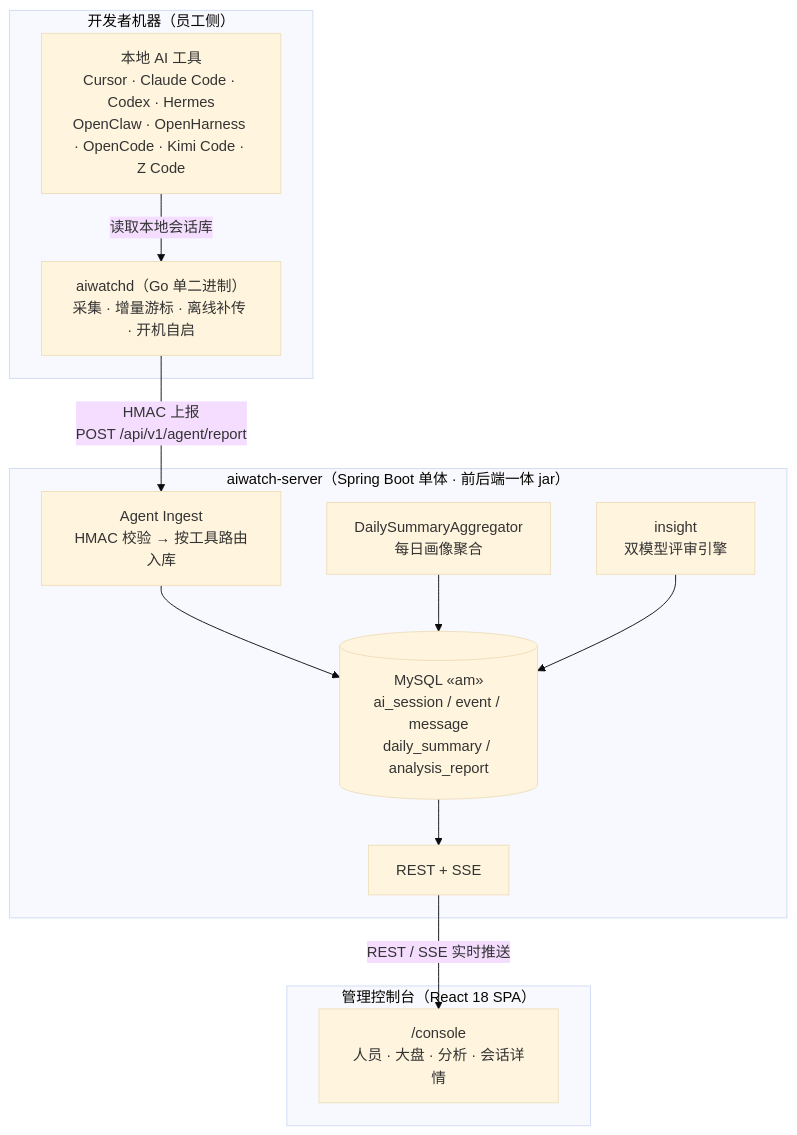
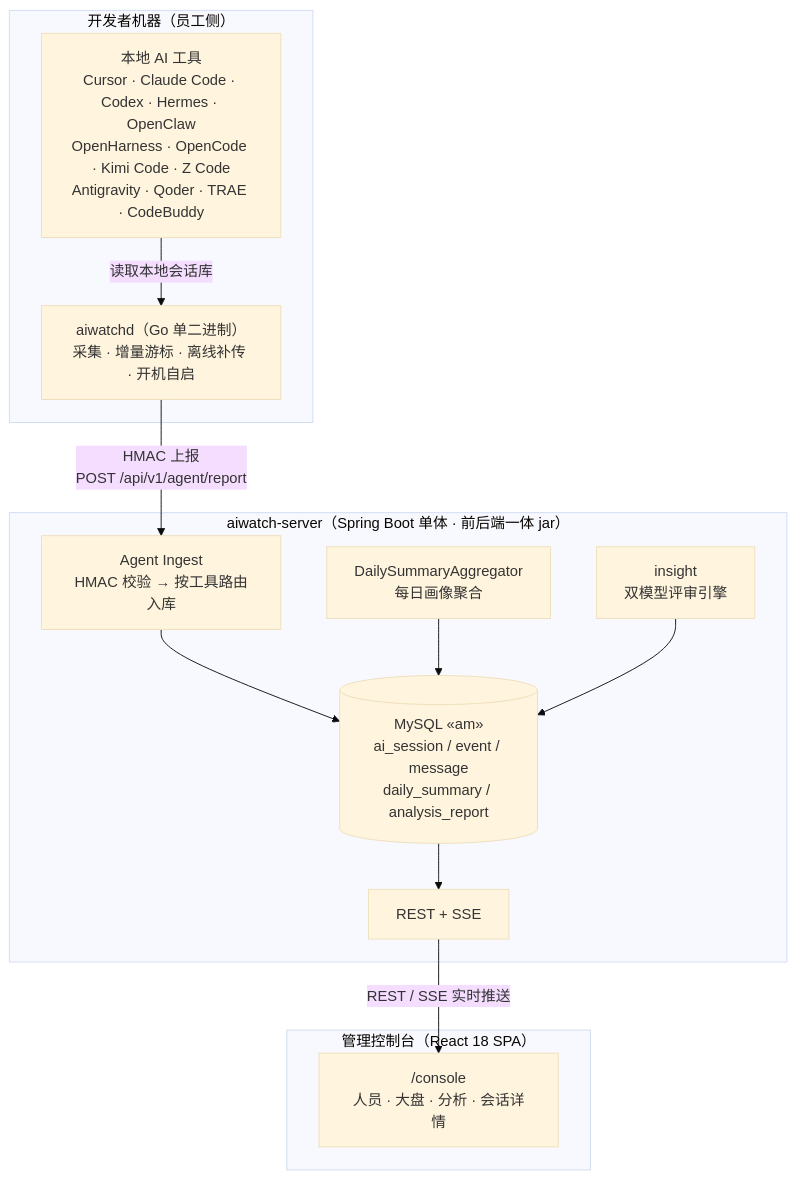
Before and after one commit to JAHSEH618/am: the first of 3 diagrams in README.md, drawn with Mermaid (base theme). The commit also changed other lines of this file and 22 other files, not shown here.

````diff
--- a/README.md
+++ b/README.md
@@ -60,27 +64,27 @@
 ```mermaid
 flowchart TB
     subgraph dev["开发者机器（员工侧）"]
-        tools["本地 AI 工具<br/>Cursor · Claude Code · Codex · Hermes<br/>OpenClaw · OpenHarness · OpenCode · Kimi Code · Z Code"]
+        tools["本地 AI 工具<br/>Cursor · Claude Code · Codex · Hermes · OpenClaw<br/>OpenHarness · OpenCode · Kimi Code · Z Code<br/>Antigravity · Qoder · TRAE · CodeBuddy"]
         agent["aiwatchd（Go 单二进制）<br/>采集 · 增量游标 · 离线补传 · 开机自启"]
         tools -->|读取本地会话库| agent
     end
 
     subgraph srv["aiwatch-server（Spring Boot 单体 · 前后端一体 jar）"]
         ingest["Agent Ingest<br/>HMAC 校验 → 按工具路由入库"]
         agg["DailySummaryAggregator<br/>每日画像聚合"]
         insight["insight<br/>双模型评审引擎"]
         api["REST + SSE"]
         db[("MySQL «am»<br/>ai_session / event / message<br/>daily_summary / analysis_report")]
         ingest --> db
         agg --> db
         insight --> db
         db --> api
     end
 
     subgraph web["管理控制台（React 18 SPA）"]
         ui["/console<br/>人员 · 大盘 · 分析 · 会话详情"]
     end
 
     agent -->|"HMAC 上报<br/>POST /api/v1/agent/report"| ingest
     api -->|"REST / SSE 实时推送"| ui
 ```
````
